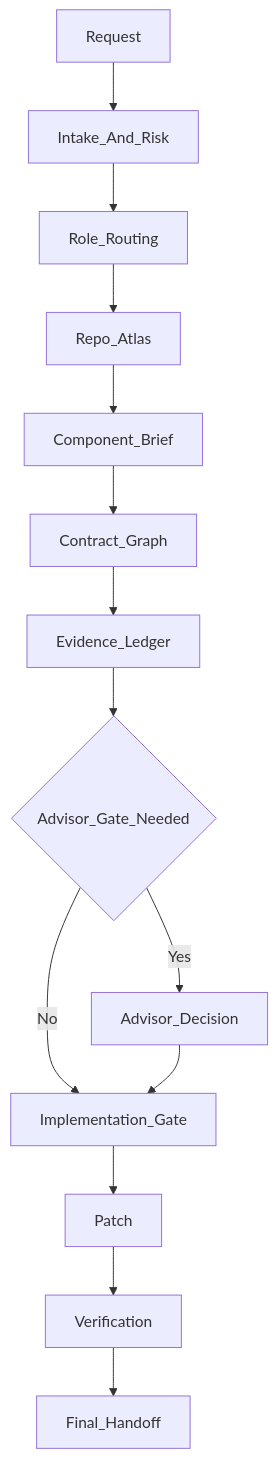
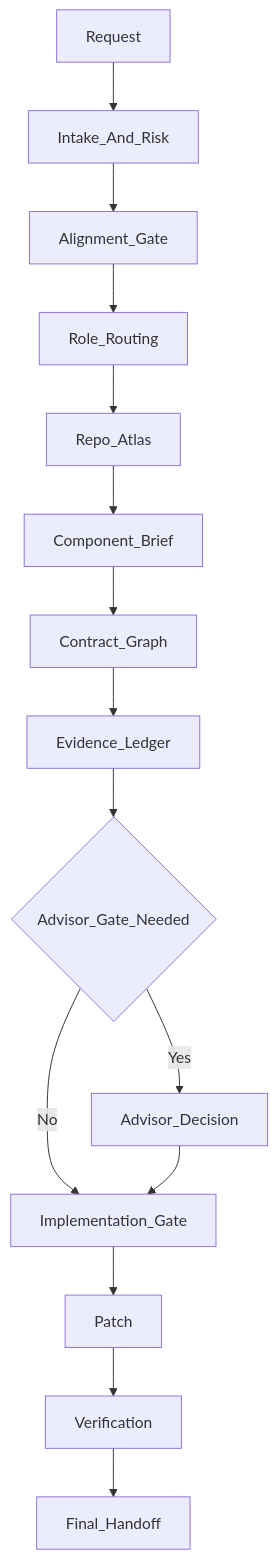
Before and after one commit to daeon/EngineeringTeam: the diagram in docs/workflow.md, drawn with Mermaid. The commit also changed other lines of this file and 21 other files, not shown here.

First line of the commit message:
Add alignment audit gate, TDD discipline, diagnosis loop, and domain context references

````diff
--- a/docs/workflow.md
+++ b/docs/workflow.md
@@ -7,16 +7,17 @@
 ```mermaid
 flowchart TB
     request[Request] --> intake[Intake_And_Risk]
-    intake --> routing[Role_Routing]
+    intake --> alignment[Alignment_Gate]
+    alignment --> routing[Role_Routing]
     routing --> repoAtlas[Repo_Atlas]
     repoAtlas --> componentBrief[Component_Brief]
     componentBrief --> contractGraph[Contract_Graph]
     contractGraph --> evidenceLedger[Evidence_Ledger]
     evidenceLedger --> advisorGate{Advisor_Gate_Needed}
     advisorGate -->|Yes| advisor[Advisor_Decision]
     advisorGate -->|No| implementationGate[Implementation_Gate]
     advisor --> implementationGate
     implementationGate --> patch[Patch]
     patch --> verification[Verification]
     verification --> handoff[Final_Handoff]
 ```
````
